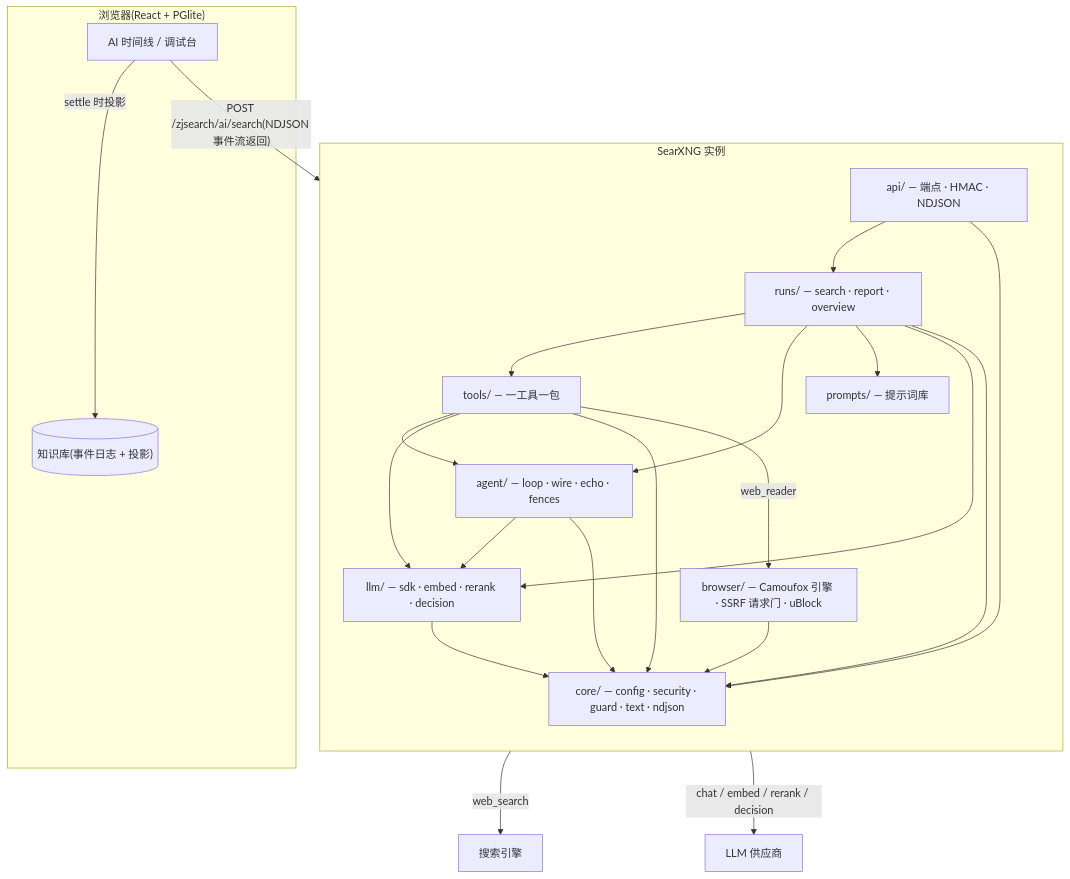
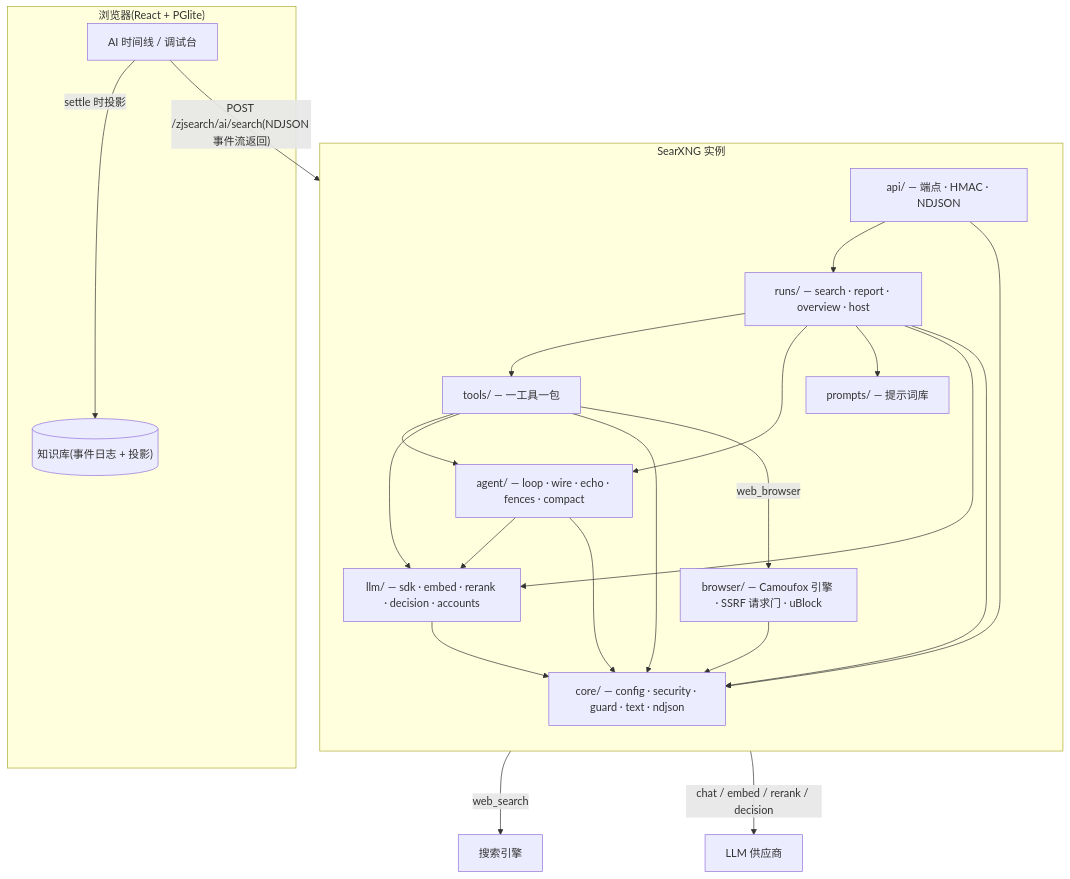
The first of 5 diagrams in NEXTGEN-DESIGN.md (hezhijie0327/ZJSearch), drawn with Mermaid before and after one commit. The commit also changed other lines of this file and 3 other files, not shown here.

````diff
--- a/NEXTGEN-DESIGN.md
+++ b/NEXTGEN-DESIGN.md
@@ -629,39 +218,39 @@
 ```mermaid
 flowchart TB
   subgraph B["浏览器(React + PGlite)"]
     UI["AI 时间线 / 调试台"]
     KB[("知识库(事件日志 + 投影)")]
   end
   subgraph S["SearXNG 实例"]
     direction TB
     API["api/ — 端点 · HMAC · NDJSON"]
-    RUNS["runs/ — search · report · overview"]
+    RUNS["runs/ — search · report · overview · host"]
     TOOLS["tools/ — 一工具一包"]
-    AGENT["agent/ — loop · wire · echo · fences"]
+    AGENT["agent/ — loop · wire · echo · fences · compact"]
     PROMPTS["prompts/ — 提示词库"]
-    LLM["llm/ — sdk · embed · rerank · decision"]
+    LLM["llm/ — sdk · embed · rerank · decision · accounts"]
     BROWSER["browser/ — Camoufox 引擎 · SSRF 请求门 · uBlock"]
     CORE["core/ — config · security · guard · text · ndjson"]
   end
   ENG["搜索引擎"]
   LLMX["LLM 供应商"]
   UI -- "POST /zjsearch/ai/search(NDJSON 事件流返回)" --> API
   API --> RUNS
   RUNS --> TOOLS
   RUNS --> AGENT
   RUNS --> PROMPTS
   TOOLS --> AGENT
   TOOLS --> LLM
   RUNS --> LLM
   AGENT --> LLM
   LLM --> CORE
   TOOLS --> CORE
   RUNS --> CORE
   AGENT --> CORE
   API --> CORE
   TOOLS -- "web_search" --> ENG
-  TOOLS -- "web_reader" --> BROWSER
+  TOOLS -- "web_browser" --> BROWSER
   BROWSER --> CORE
   LLM -- "chat / embed / rerank / decision" --> LLMX
   UI -- "settle 时投影" --> KB
 ```
````
